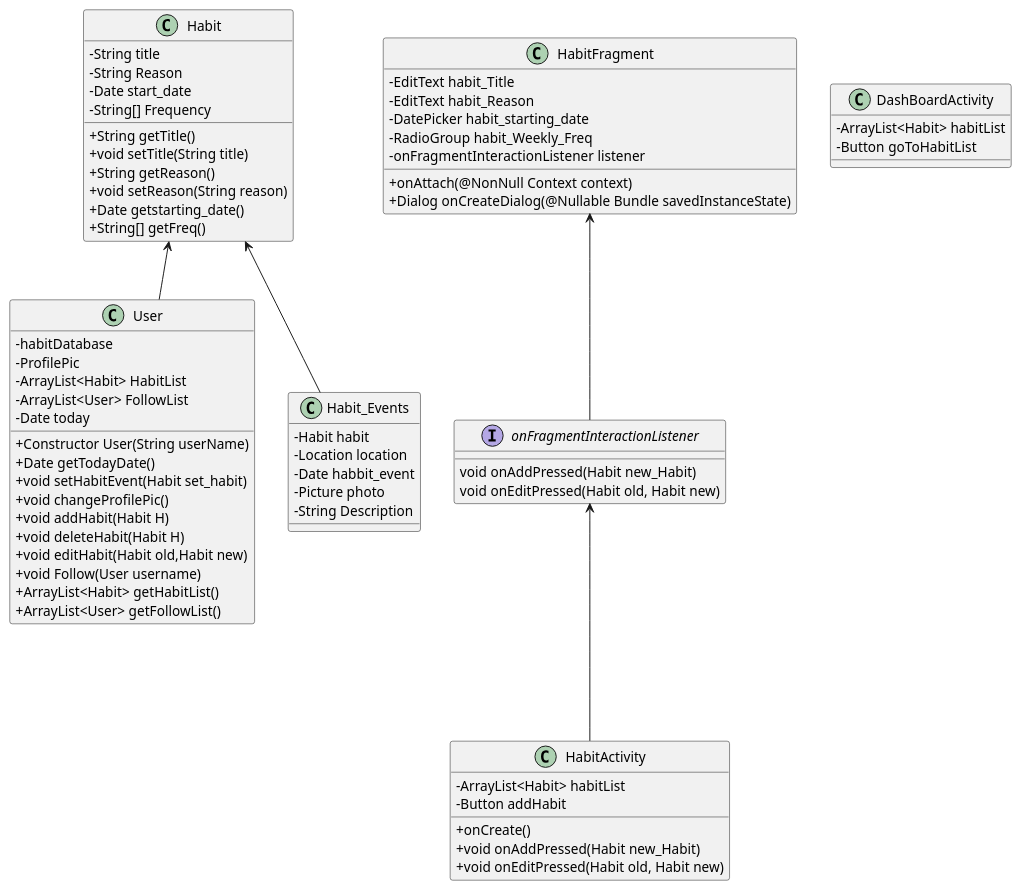
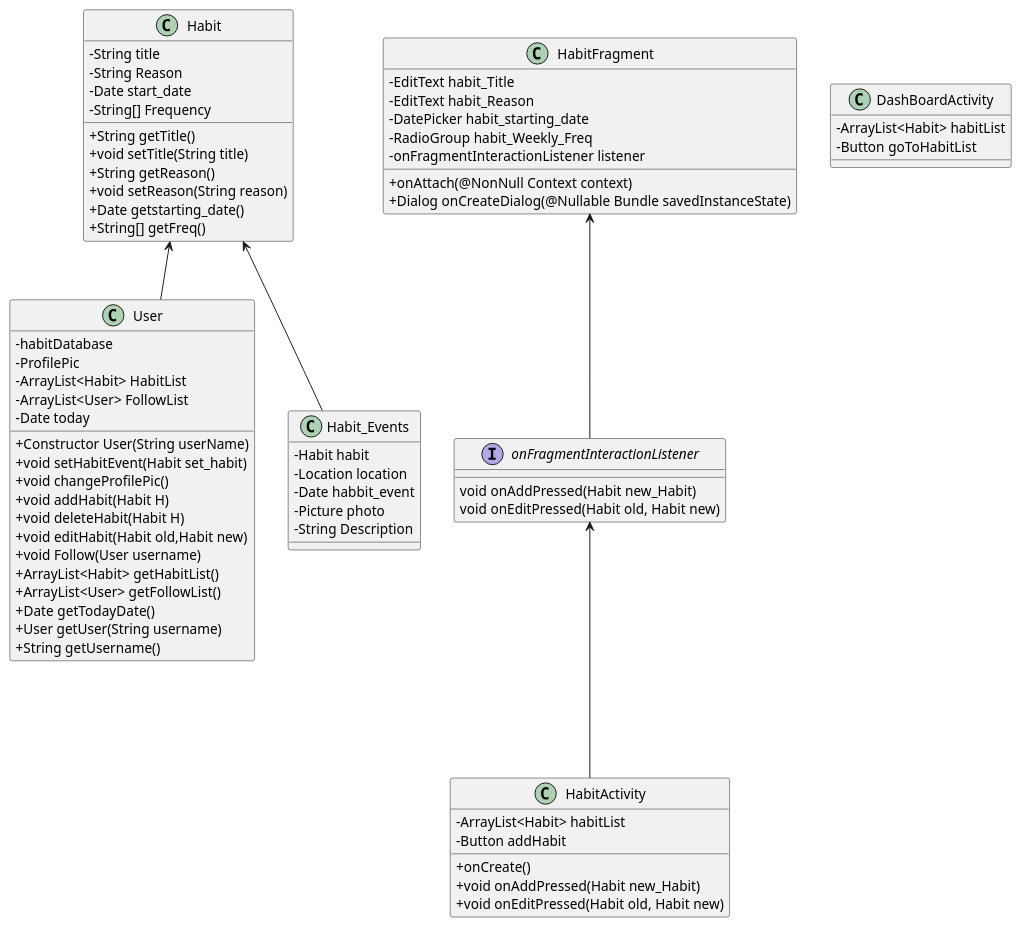
The diagram in doc/happyhabits.plantuml (CMPUT301F21T16/HappyHabits), drawn with PlantUML before and after one commit.

Commit message:
Added two more private methods to User class
getUser() may be important when implementing the followList, to match a user to their username.
getUsername() is just a generic getter that seems like it might be useful eventually.

```diff
--- a/doc/happyhabits.plantuml
+++ b/doc/happyhabits.plantuml
@@ -1,78 +1,80 @@
 @startuml HappyHabits
 skinparam classAttributeIconSize 0
 Habit <-- User
 Habit <-- Habit_Events
 onFragmentInteractionListener <--- HabitActivity 
 HabitFragment <-- onFragmentInteractionListener
 class Habit {
     -String title
     -String Reason
     -Date start_date
     -String[] Frequency
     
     +String getTitle()
     +void setTitle(String title)
     +String getReason()
     +void setReason(String reason)
     +Date getstarting_date()
     +String[] getFreq()
 }
 
 class User {
     - habitDatabase
     - ProfilePic
     - ArrayList<Habit> HabitList
     - ArrayList<User> FollowList
     - Date today
 
     + Constructor User(String userName)
-    + Date getTodayDate()
     + void setHabitEvent(Habit set_habit)
     + void changeProfilePic()
     + void addHabit(Habit H)
     + void deleteHabit(Habit H)
     + void editHabit(Habit old,Habit new)
     + void Follow(User username)
     + ArrayList<Habit> getHabitList()
     + ArrayList<User> getFollowList()
+    + Date getTodayDate()
+    + User getUser(String username)
+    + String getUsername()
 }
 
 class Habit_Events {
     - Habit habit
     - Location location
     - Date habbit_event
     - Picture photo
     - String Description
 }
 
 class DashBoardActivity {
     - ArrayList<Habit> habitList
     - Button goToHabitList
 }
 
 class HabitActivity {
     - ArrayList<Habit> habitList
     - Button addHabit
 
     + onCreate()
     + void onAddPressed(Habit new_Habit)
     + void onEditPressed(Habit old, Habit new)
 }
 
 class HabitFragment {
     - EditText habit_Title
     - EditText habit_Reason
     - DatePicker habit_starting_date
     - RadioGroup habit_Weekly_Freq
     - onFragmentInteractionListener listener
 
     + onAttach(@NonNull Context context)
     + Dialog onCreateDialog(@Nullable Bundle savedInstanceState)
     
 }
 
 interface onFragmentInteractionListener{
         void onAddPressed(Habit new_Habit)
         void onEditPressed(Habit old, Habit new)
     }
 @enduml
```
